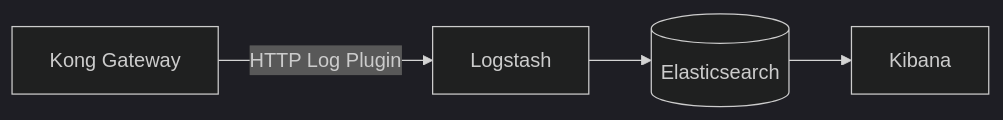
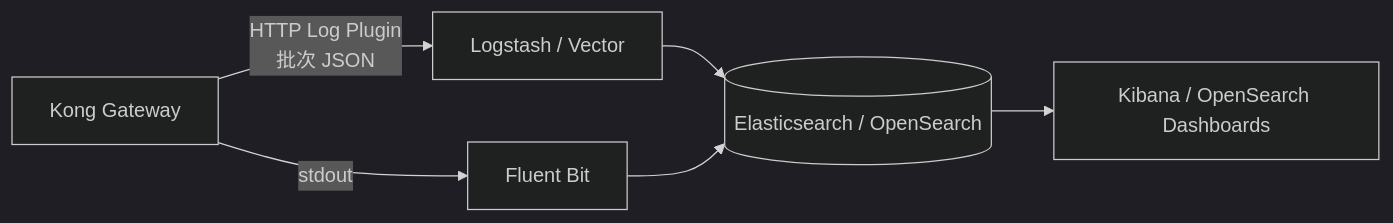
Diagram 15 of 22 in content/posts/教學/工具/Kong API Gateway教學手冊.md (chihhung/Blog), drawn with Mermaid (dark theme) before and after one commit. The commit also changed other lines of this file and 10 other files, not shown here.

````diff
--- a/content/posts/教學/工具/Kong API Gateway教學手冊.md
+++ b/content/posts/教學/工具/Kong API Gateway教學手冊.md
@@ -1577,6 +2821,8 @@
 ```mermaid
 graph LR
-    Kong[Kong Gateway] -->|HTTP Log Plugin| Logstash[Logstash]
-    Logstash --> ES[(Elasticsearch)]
-    ES --> Kibana[Kibana]
+    Kong[Kong Gateway] -->|HTTP Log Plugin<br/>批次 JSON| Logstash[Logstash / Vector]
+    Kong -->|stdout| Agent[Fluent Bit]
+    Logstash --> ES[(Elasticsearch / OpenSearch)]
+    Agent --> ES
+    ES --> Kibana[Kibana / OpenSearch Dashboards]
 ```
````
